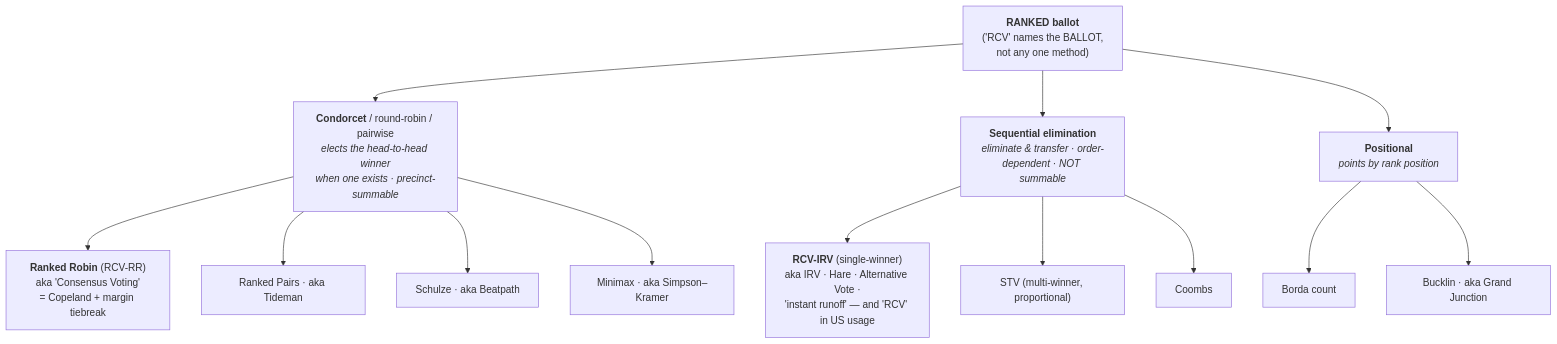
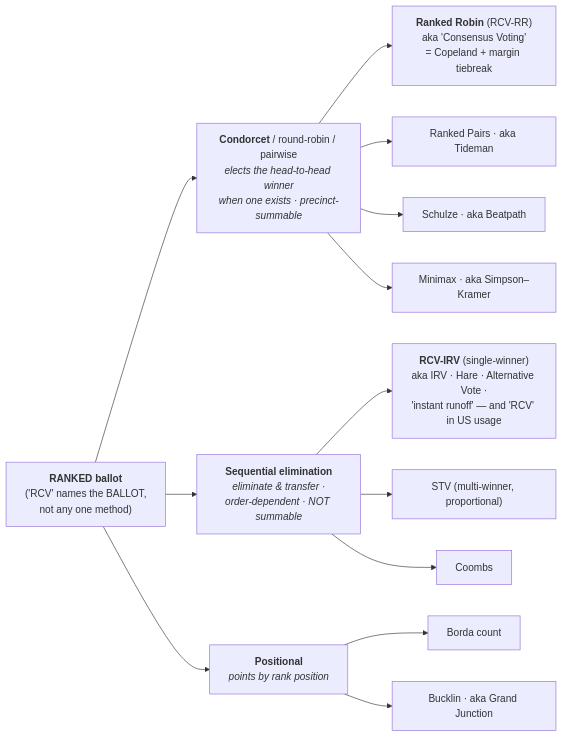
One commit to masiarek/star-voting-library changed the diagram in 00_start_here/tips/TIPS_terminology.md. Above: the diagram before and after it, drawn with Mermaid. The commit also changed 2 other files, not shown here.

````diff
--- a/00_start_here/tips/TIPS_terminology.md
+++ b/00_start_here/tips/TIPS_terminology.md
@@ -21,19 +21,21 @@
 ```mermaid
-flowchart TD
+flowchart LR
+    %% LR, not TD: the 9 leaves stack vertically, keeping the diagram ~3 node-columns
+    %% wide — a TD layout is ~2000px wide and gets shrunk to unreadable on the site.
     R["<b>RANKED ballot</b><br/>('RCV' names the BALLOT,<br/>not any one method)"]
     R --> COND["<b>Condorcet</b> / round-robin / pairwise<br/><i>elects the head-to-head winner<br/>when one exists · precinct-summable</i>"]
-    R --> ELIM["<b>Sequential elimination</b><br/><i>eliminate &amp; transfer · order-dependent · NOT summable</i>"]
+    R --> ELIM["<b>Sequential elimination</b><br/><i>eliminate &amp; transfer ·<br/>order-dependent · NOT summable</i>"]
     R --> POS["<b>Positional</b><br/><i>points by rank position</i>"]
 
     COND --> RR["<b>Ranked Robin</b> (RCV-RR)<br/>aka 'Consensus Voting'<br/>= Copeland + margin tiebreak"]
     COND --> RP["Ranked Pairs · aka Tideman"]
     COND --> SZ["Schulze · aka Beatpath"]
     COND --> MM["Minimax · aka Simpson–Kramer"]
 
     ELIM --> IRV["<b>RCV-IRV</b> (single-winner)<br/>aka IRV · Hare · Alternative Vote ·<br/>'instant runoff' — and 'RCV' in US usage"]
     ELIM --> STV["STV (multi-winner, proportional)"]
     ELIM --> CB["Coombs"]
 
     POS --> BO["Borda count"]
     POS --> BU["Bucklin · aka Grand Junction"]
 ```
````
